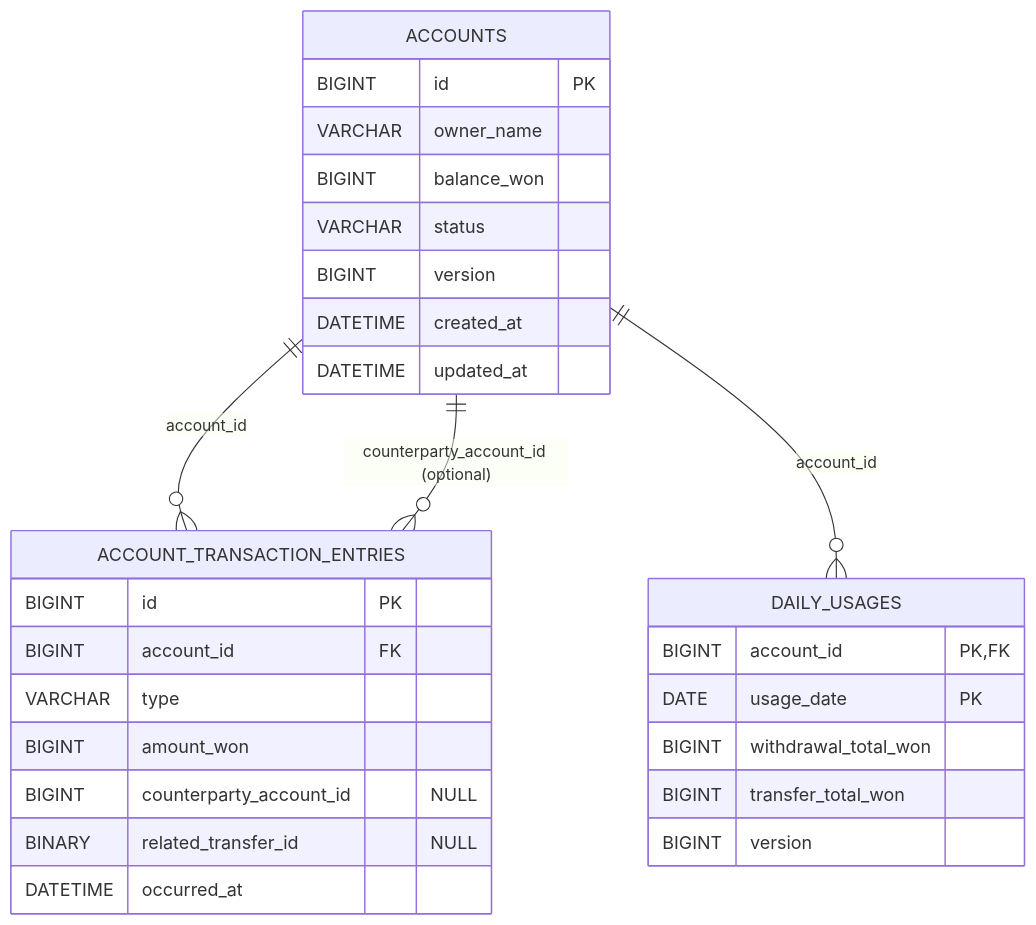
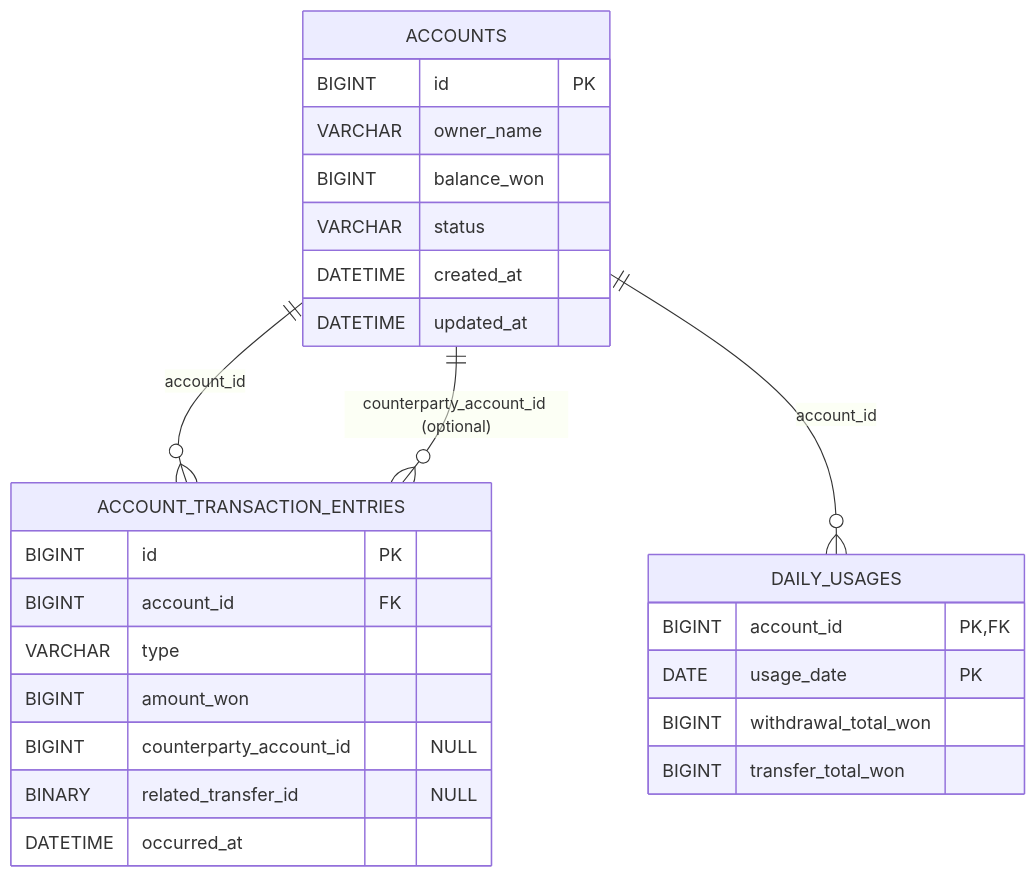
One commit to yht0827/yangheetae_backend changed the diagram in docs/02-model.md. Above: the diagram before and after it, drawn with Mermaid. The commit also changed other lines of this file and 14 other files, not shown here.

````diff
--- a/docs/02-model.md
+++ b/docs/02-model.md
@@ -5,36 +5,34 @@
 ```mermaid
 erDiagram
     ACCOUNTS ||--o{ ACCOUNT_TRANSACTION_ENTRIES : "account_id"
     ACCOUNTS ||--o{ DAILY_USAGES : "account_id"
 
     %% counterparty_account_id (optional)
     ACCOUNTS ||--o{ ACCOUNT_TRANSACTION_ENTRIES : "counterparty_account_id (optional)"
 
     ACCOUNTS {
         BIGINT id PK
         VARCHAR owner_name
         BIGINT balance_won
         VARCHAR status
-        BIGINT version
         DATETIME created_at
         DATETIME updated_at
     }
 
     ACCOUNT_TRANSACTION_ENTRIES {
         BIGINT id PK
         BIGINT account_id FK
         VARCHAR type
         BIGINT amount_won
         BIGINT counterparty_account_id "NULL"
         BINARY related_transfer_id "NULL"
         DATETIME occurred_at
     }
 
     DAILY_USAGES {
         BIGINT account_id PK,FK
         DATE usage_date PK
         BIGINT withdrawal_total_won
         BIGINT transfer_total_won
-        BIGINT version
     }
 ```
````
